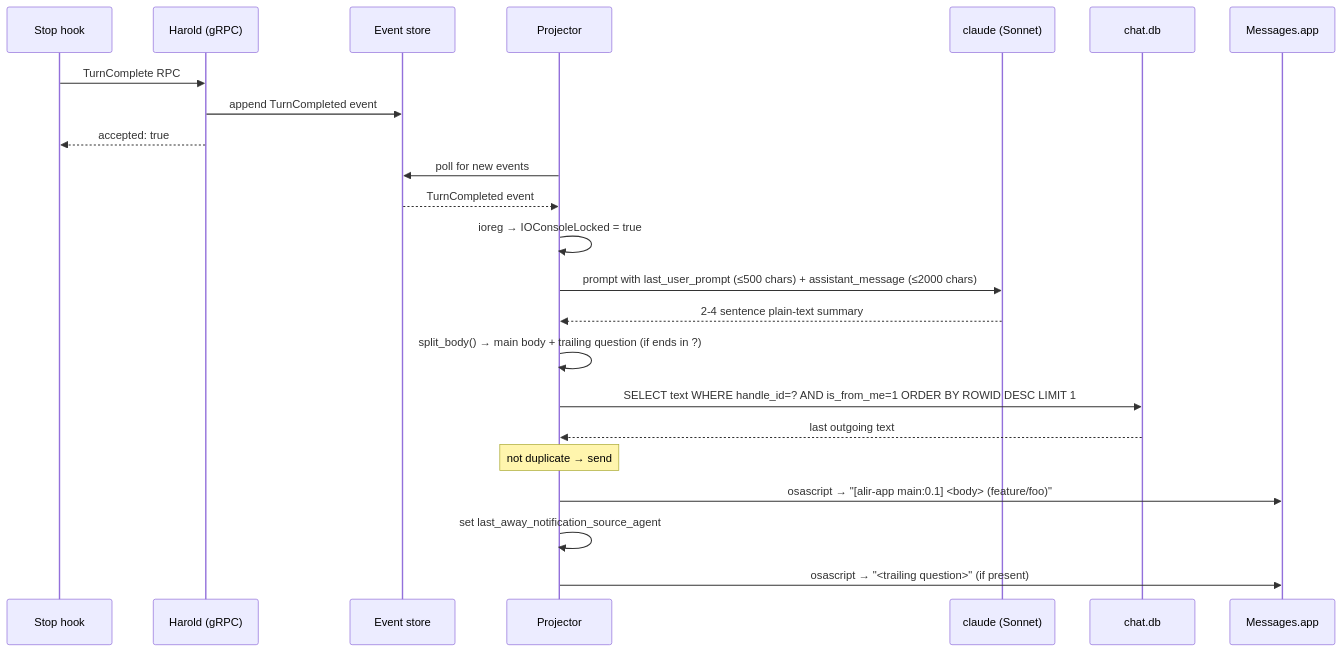
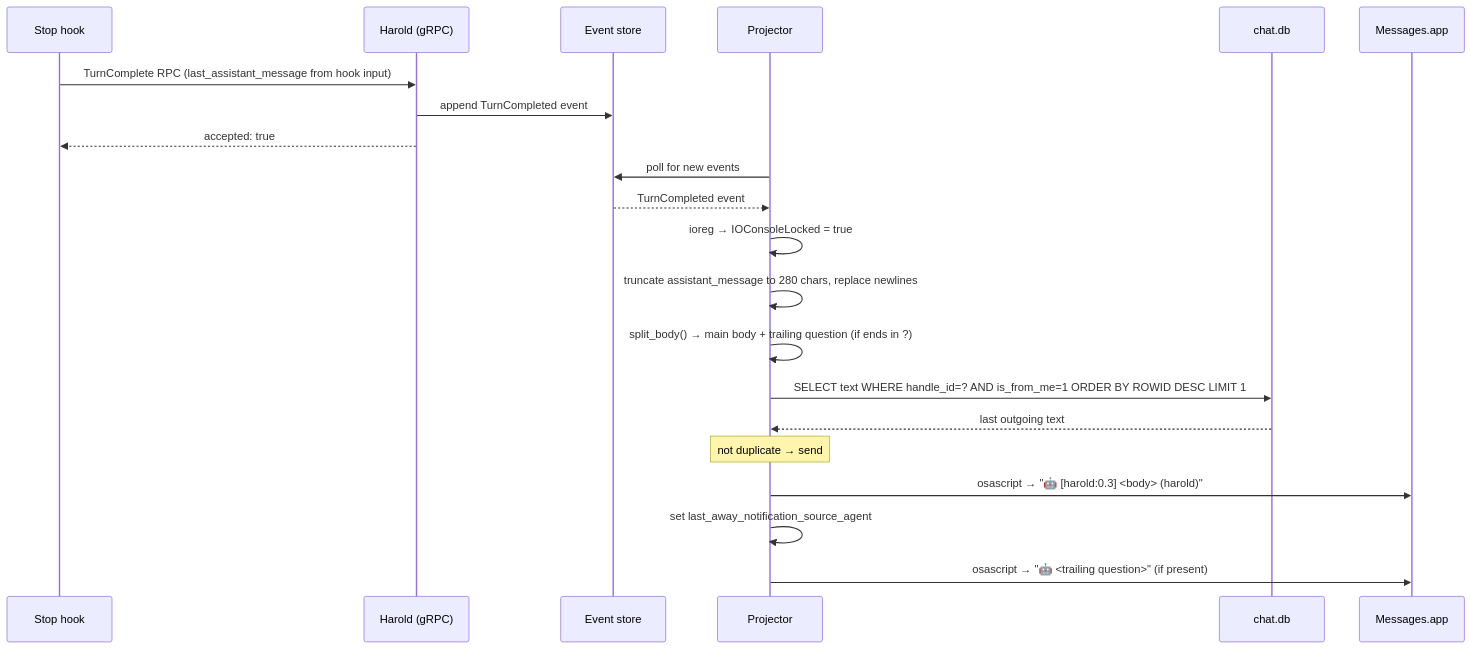
Before and after one commit to kahgeh/harold: the second of 2 diagrams in docs/references/notification/README.md, drawn with Mermaid. The commit also changed other lines of this file and 2 other files, not shown here.

````diff
--- a/docs/references/notification/README.md
+++ b/docs/references/notification/README.md
@@ -103,27 +104,25 @@
 ```mermaid
 sequenceDiagram
     participant Hook as Stop hook
     participant gRPC as Harold (gRPC)
     participant Store as Event store
     participant Projector
-    participant AiCli as claude (Sonnet)
     participant ChatDb as chat.db
     participant Messages as Messages.app
 
-    Hook->>gRPC: TurnComplete RPC
+    Hook->>gRPC: TurnComplete RPC (last_assistant_message from hook input)
     gRPC->>Store: append TurnCompleted event
     gRPC-->>Hook: accepted: true
 
     Projector->>Store: poll for new events
     Store-->>Projector: TurnCompleted event
     Projector->>Projector: ioreg → IOConsoleLocked = true
-    Projector->>AiCli: prompt with last_user_prompt (≤500 chars) + assistant_message (≤2000 chars)
-    AiCli-->>Projector: 2-4 sentence plain-text summary
+    Projector->>Projector: truncate assistant_message to 280 chars, replace newlines
     Projector->>Projector: split_body() → main body + trailing question (if ends in ?)
     Projector->>ChatDb: SELECT text WHERE handle_id=? AND is_from_me=1 ORDER BY ROWID DESC LIMIT 1
     ChatDb-->>Projector: last outgoing text
     note over Projector: not duplicate → send
-    Projector->>Messages: osascript → "[alir-app main:0.1] <body> (feature/foo)"
+    Projector->>Messages: osascript → "🤖 [harold:0.3] <body> (harold)"
     Projector->>Projector: set last_away_notification_source_agent
-    Projector->>Messages: osascript → "<trailing question>" (if present)
+    Projector->>Messages: osascript → "🤖 <trailing question>" (if present)
 ```
````
